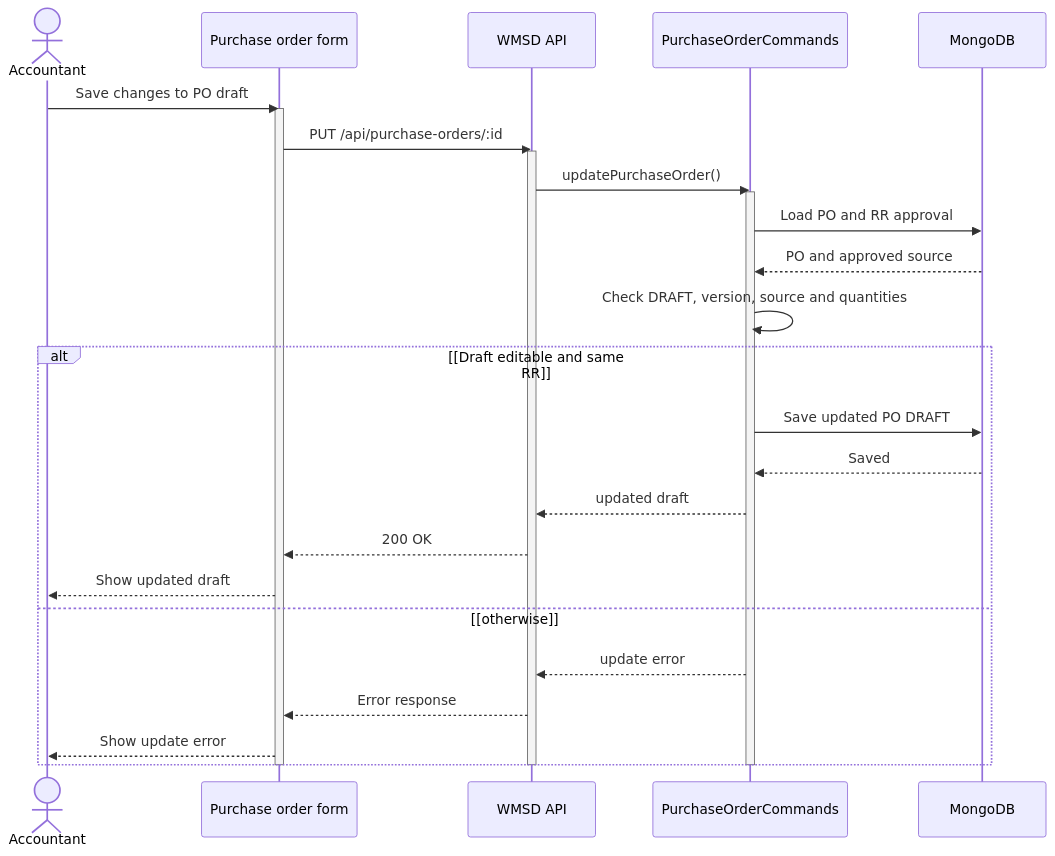
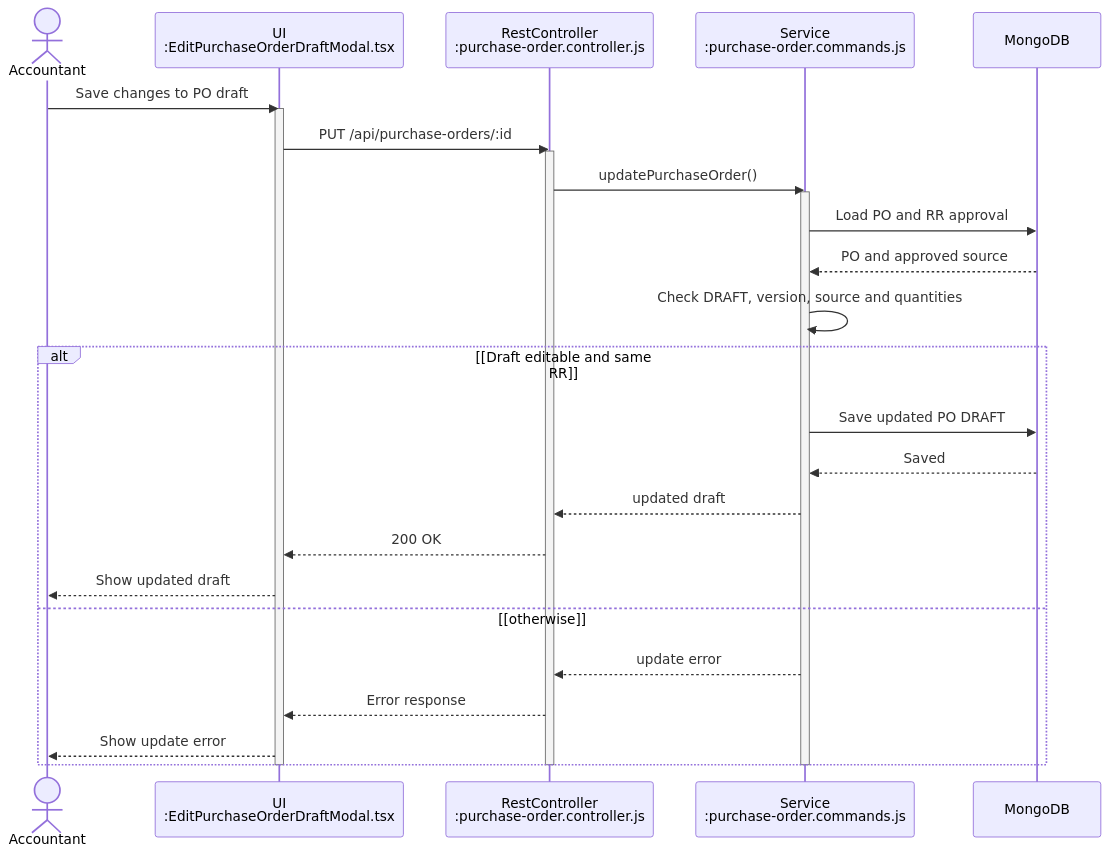
Diagram 11 of 46 in git_doc/docs/01_bao_cao/WMSD_Report4_Draft.md (bupbalabup/wmsd_be), drawn with Mermaid before and after one commit. The commit also changed other lines of this file and 80 other files, not shown here.

First line of the commit message:
feat(purchase): implement core purchase functionalities and validation schemas

````diff
--- a/git_doc/docs/01_bao_cao/WMSD_Report4_Draft.md
+++ b/git_doc/docs/01_bao_cao/WMSD_Report4_Draft.md
@@ -913,31 +909,31 @@
 ```mermaid
 sequenceDiagram
   actor X as Accountant
-  participant U as Purchase order form
-  participant A as WMSD API
-  participant S as PurchaseOrderCommands
+  participant U as UI<br/>:EditPurchaseOrderDraftModal.tsx
+  participant A as RestController<br/>:purchase-order.controller.js
+  participant S as Service<br/>:purchase-order.commands.js
   participant D as MongoDB
   X->>U: Save changes to PO draft
   activate U
   U->>A: PUT /api/purchase-orders/:id
   activate A
   A->>S: updatePurchaseOrder()
   activate S
   S->>D: Load PO and RR approval
   D-->>S: PO and approved source
   S->>S: Check DRAFT, version, source and quantities
   alt [Draft editable and same RR]
     S->>D: Save updated PO DRAFT
     D-->>S: Saved
     S-->>A: updated draft
     A-->>U: 200 OK
     U-->>X: Show updated draft
   else [otherwise]
     S-->>A: update error
     A-->>U: Error response
     U-->>X: Show update error
   end
   deactivate S
   deactivate A
   deactivate U
 ```
````
